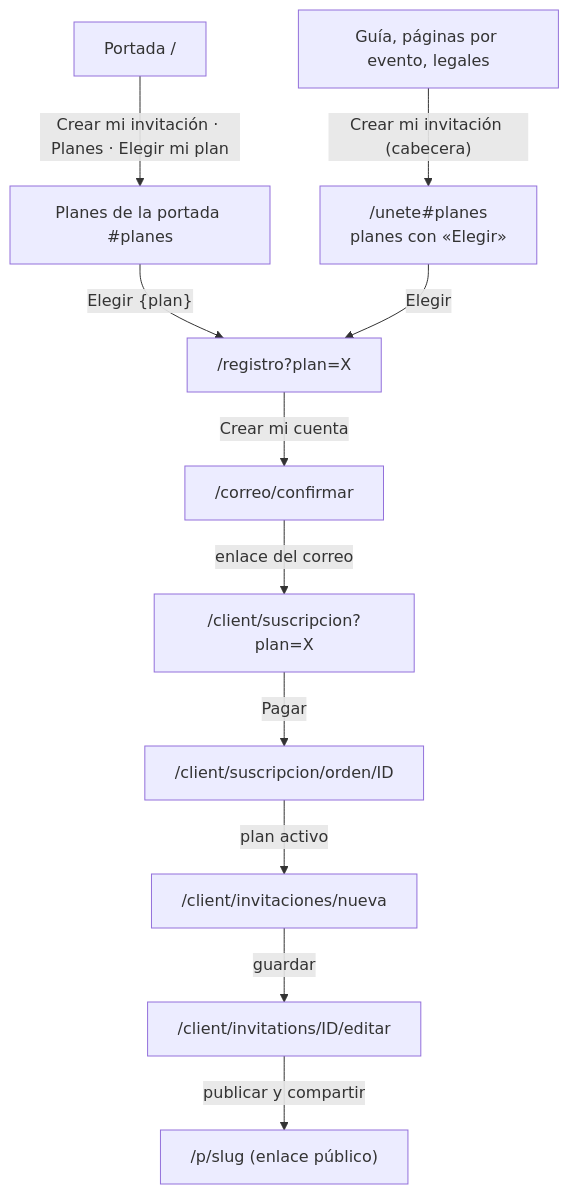
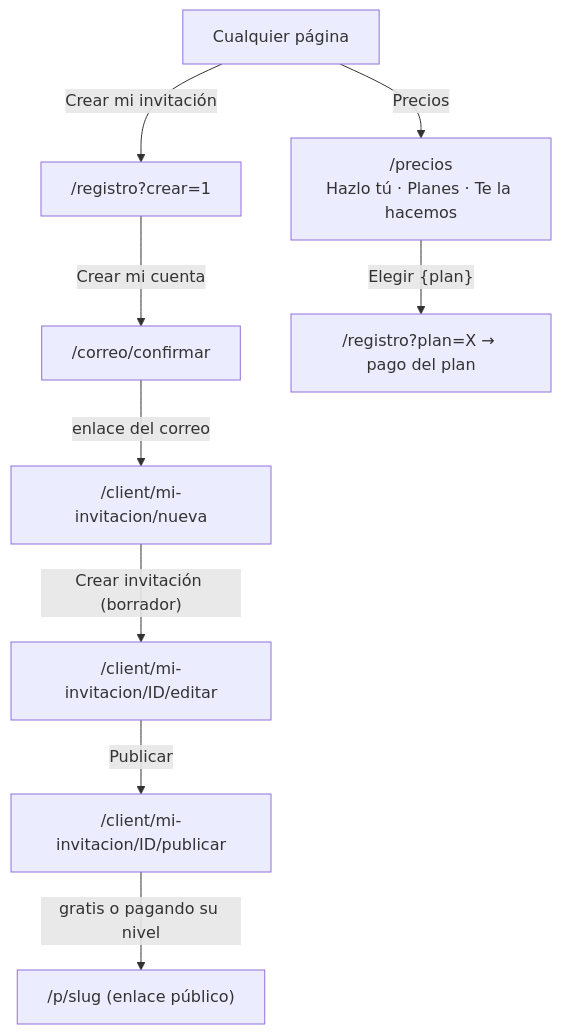
One commit to ccdana/Bida-Events changed the first of 6 diagrams in docs/flujo-navegacion.md. Above: the diagram before and after it, drawn with Mermaid. The commit also changed other lines of this file and 32 other files, not shown here.

````diff
--- a/docs/flujo-navegacion.md
+++ b/docs/flujo-navegacion.md
@@ -14,13 +18,11 @@
 ```mermaid
 flowchart TD
-  A["Portada /"] -->|"Crear mi invitación · Planes · Elegir mi plan"| P["Planes de la portada #planes"]
-  OT["Guía, páginas por evento, legales"] -->|"Crear mi invitación (cabecera)"| B["/unete#planes<br/>planes con «Elegir»"]
-  P -->|"Elegir {plan}"| R["/registro?plan=X"]
-  B -->|"Elegir"| R
+  A["Cualquier página"] -->|"Crear mi invitación"| R["/registro?crear=1"]
   R -->|"Crear mi cuenta"| V["/correo/confirmar"]
-  V -->|"enlace del correo"| S["/client/suscripcion?plan=X"]
-  S -->|"Pagar"| O["/client/suscripcion/orden/ID"]
-  O -->|"plan activo"| C["/client/invitaciones/nueva"]
-  C -->|"guardar"| E["/client/invitations/ID/editar"]
-  E -->|"publicar y compartir"| L["/p/slug (enlace público)"]
+  V -->|"enlace del correo"| N["/client/mi-invitacion/nueva"]
+  N -->|"Crear invitación (borrador)"| E["/client/mi-invitacion/ID/editar"]
+  E -->|"Publicar"| P["/client/mi-invitacion/ID/publicar"]
+  P -->|"gratis o pagando su nivel"| L["/p/slug (enlace público)"]
+  A -->|"Precios"| PR["/precios<br/>Hazlo tú · Planes · Te la hacemos"]
+  PR -->|"Elegir {plan}"| RP["/registro?plan=X → pago del plan"]
 ```
````
